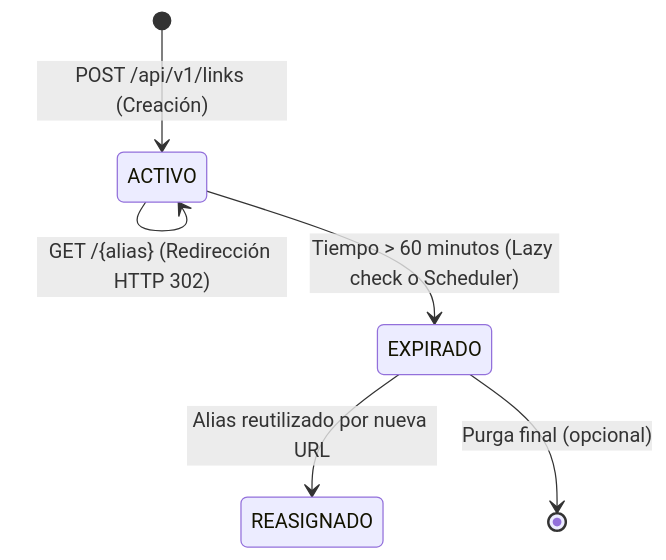
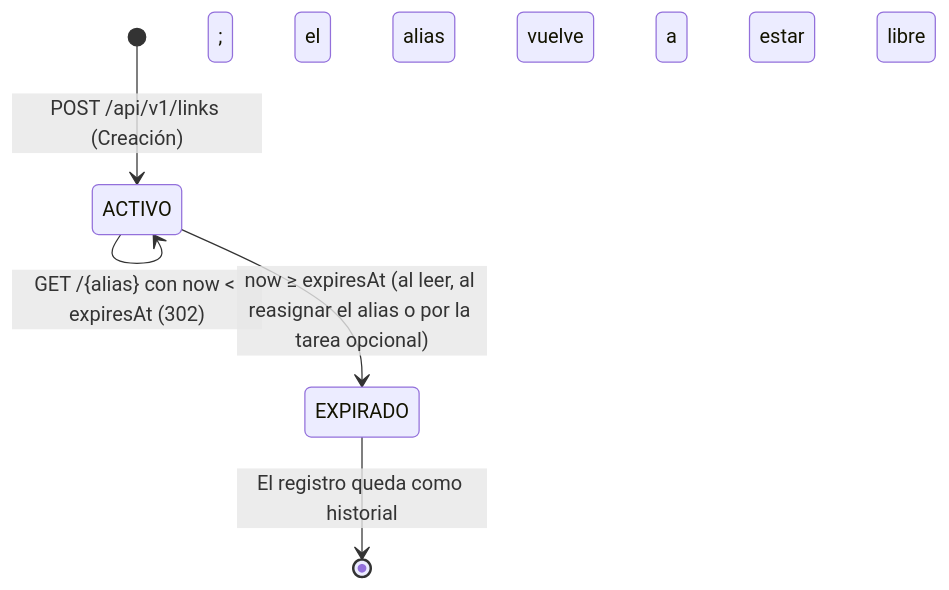
Before and after one commit to martincrespo77/PP6-TPGrupo2: the first of 4 diagrams in ANALISIS_Y_ESPECIFICACION_ETAPA_1.md, drawn with Mermaid. The commit also changed other lines of this file, not shown here.

````diff
--- a/ANALISIS_Y_ESPECIFICACION_ETAPA_1.md
+++ b/ANALISIS_Y_ESPECIFICACION_ETAPA_1.md
@@ -160,8 +184,7 @@
 ```mermaid
 stateDiagram-v2
     [*] --> ACTIVO : POST /api/v1/links (Creación)
-    ACTIVO --> ACTIVO : GET /{alias} (Redirección HTTP 302)
-    ACTIVO --> EXPIRADO : Tiempo > 60 minutos (Lazy check o Scheduler)
-    EXPIRADO --> REASIGNADO : Alias reutilizado por nueva URL
-    EXPIRADO --> [*] : Purga final (opcional)
+    ACTIVO --> ACTIVO : GET /{alias} con now < expiresAt (302)
+    ACTIVO --> EXPIRADO : now ≥ expiresAt (al leer, al reasignar el alias o por la tarea opcional)
+    EXPIRADO --> [*] : El registro queda como historial; el alias vuelve a estar libre
 ```
````
